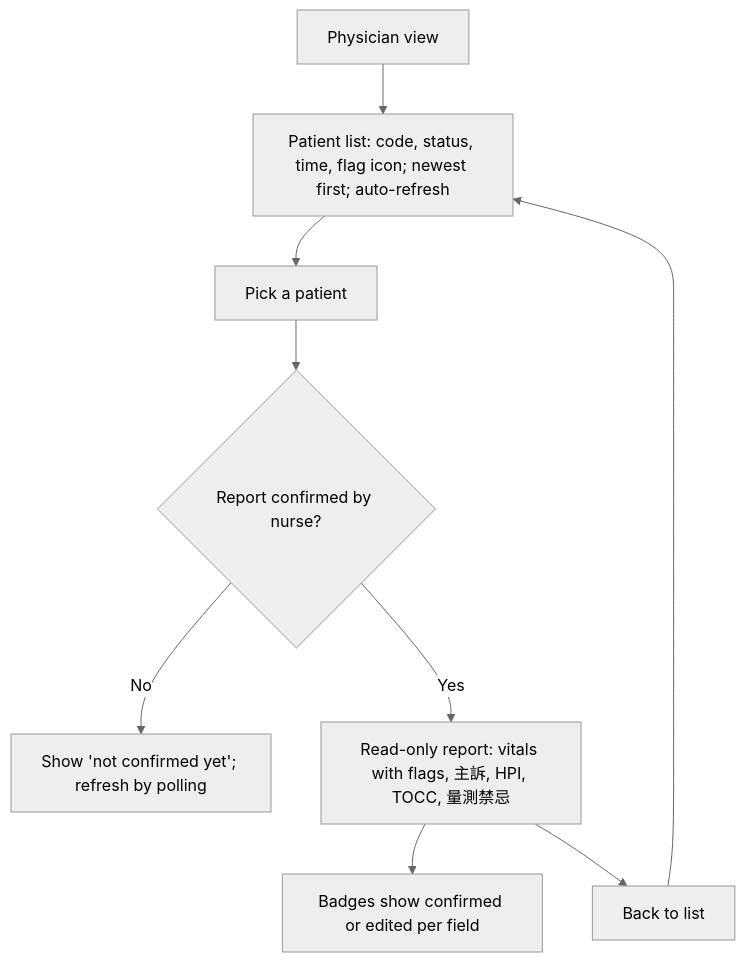
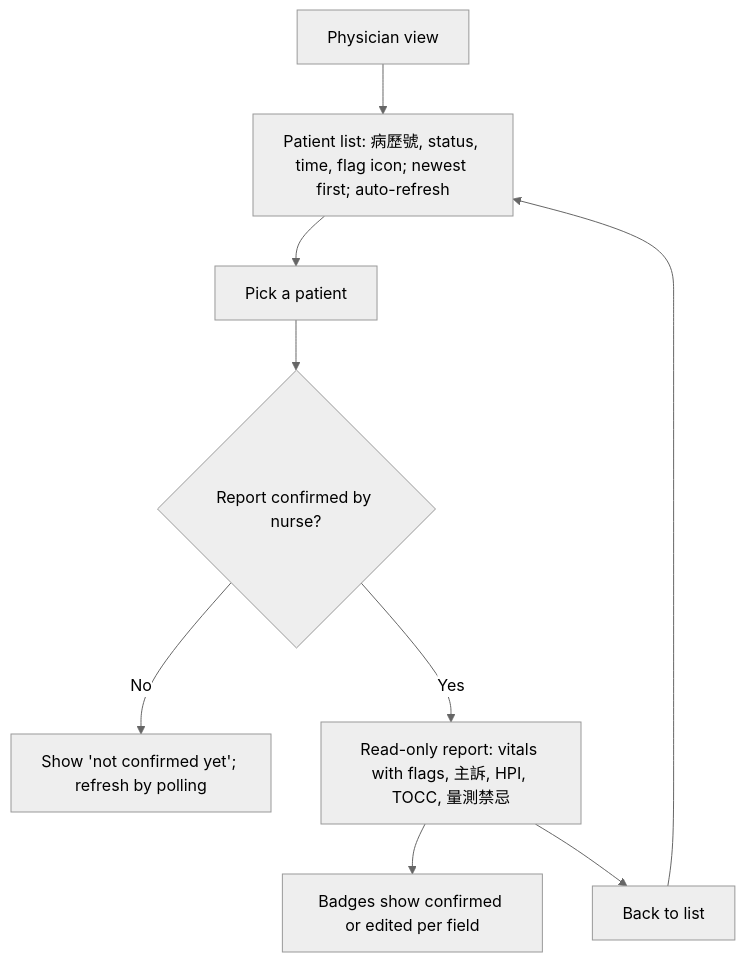
The fifth of 6 diagrams in docs/frontend/USER_FLOW.md (hwupu/115A-535527-AIDLC-Final), drawn with Mermaid (neutral theme) before and after one commit. The commit also changed other lines of this file and 7 other files, not shown here.

First line of the commit message:
feat: replace patient code entry with system-assigned 病歷號 ending screen (#20)

````diff
--- a/docs/frontend/USER_FLOW.md
+++ b/docs/frontend/USER_FLOW.md
@@ -89,11 +90,11 @@
 ```mermaid
 flowchart TD
-    D[Physician view] --> L[Patient list: code, status, time, flag icon; newest first; auto-refresh]
+    D[Physician view] --> L[Patient list: 病歷號, status, time, flag icon; newest first; auto-refresh]
     L --> PK[Pick a patient]
     PK --> Q{Report confirmed by nurse?}
     Q -->|No| W[Show 'not confirmed yet'; refresh by polling]
     Q -->|Yes| RPT[Read-only report: vitals with flags, 主訴, HPI, TOCC, 量測禁忌]
     RPT --> BD[Badges show confirmed or edited per field]
     RPT --> BK[Back to list]
     BK --> L
 ```
````
